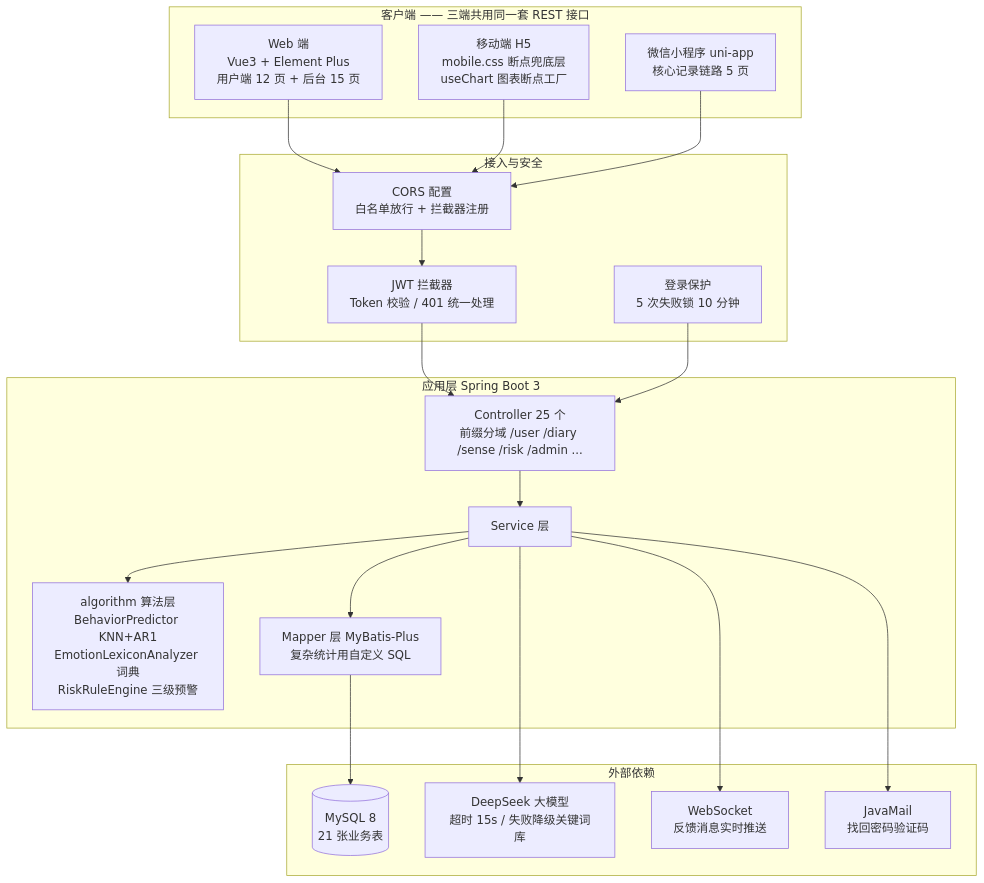
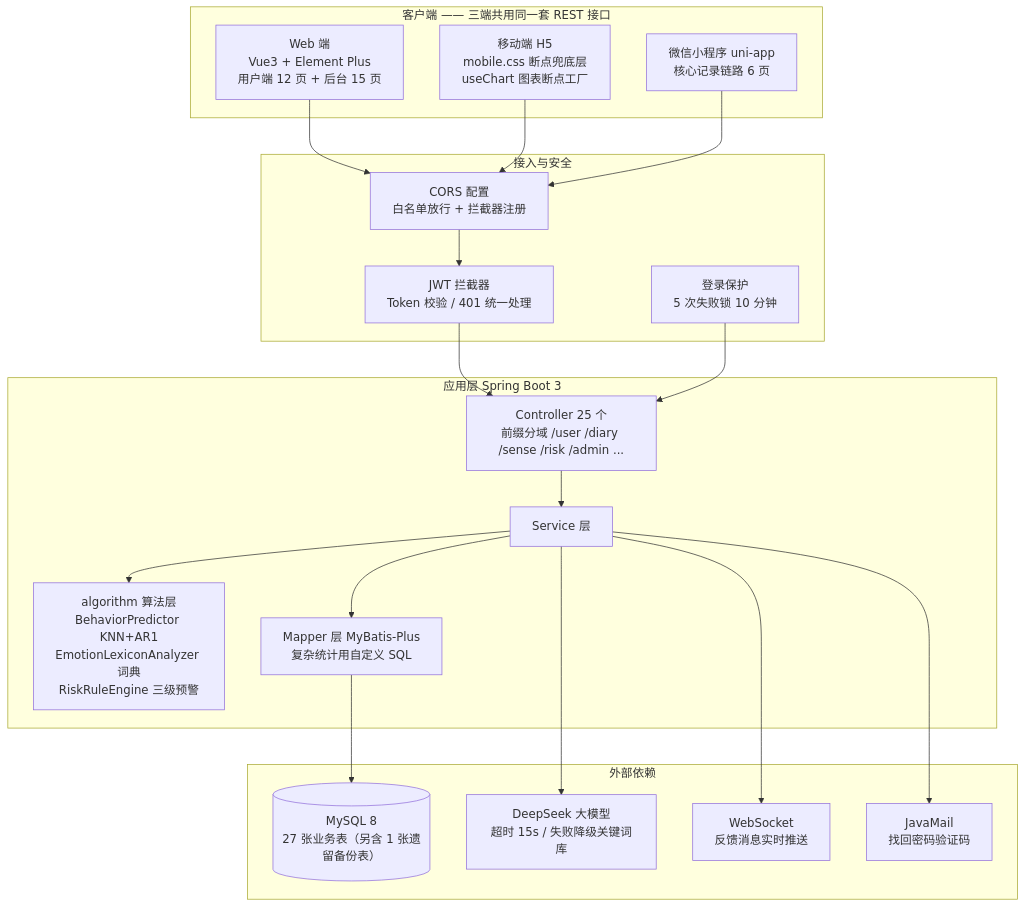
One commit to tangwenliya-hub/see-you changed the first of 2 diagrams in docs/架构与接口清单.md. Above: the diagram before and after it, drawn with Mermaid. The commit also changed other lines of this file and 16 other files, not shown here.

````diff
--- a/docs/架构与接口清单.md
+++ b/docs/架构与接口清单.md
@@ -11,40 +11,40 @@
 ```mermaid
 graph TB
     subgraph CLIENT["客户端 —— 三端共用同一套 REST 接口"]
         WEB["Web 端<br/>Vue3 + Element Plus<br/>用户端 12 页 + 后台 15 页"]
         H5["移动端 H5<br/>mobile.css 断点兜底层<br/>useChart 图表断点工厂"]
-        MP["微信小程序 uni-app<br/>核心记录链路 5 页"]
+        MP["微信小程序 uni-app<br/>核心记录链路 6 页"]
     end
 
     subgraph SEC["接入与安全"]
         CORS["CORS 配置<br/>白名单放行 + 拦截器注册"]
         JWT["JWT 拦截器<br/>Token 校验 / 401 统一处理"]
         LOCK["登录保护<br/>5 次失败锁 10 分钟"]
     end
 
     subgraph APP["应用层 Spring Boot 3"]
         CTRL["Controller 25 个<br/>前缀分域 /user /diary /sense /risk /admin ..."]
         SVC["Service 层"]
         ALG["algorithm 算法层<br/>BehaviorPredictor KNN+AR1<br/>EmotionLexiconAnalyzer 词典<br/>RiskRuleEngine 三级预警"]
         MAP["Mapper 层 MyBatis-Plus<br/>复杂统计用自定义 SQL"]
     end
 
     subgraph EXT["外部依赖"]
-        DB[("MySQL 8<br/>21 张业务表")]
+        DB[("MySQL 8<br/>27 张业务表（另含 1 张遗留备份表）")]
         LLM["DeepSeek 大模型<br/>超时 15s / 失败降级关键词库"]
         WSOC["WebSocket<br/>反馈消息实时推送"]
         MAIL["JavaMail<br/>找回密码验证码"]
     end
 
     WEB --> CORS
     H5 --> CORS
     MP --> CORS
     CORS --> JWT --> CTRL
     LOCK --> CTRL
     CTRL --> SVC
     SVC --> ALG
     SVC --> MAP --> DB
     SVC --> LLM
     SVC --> WSOC
     SVC --> MAIL
 ```
````
